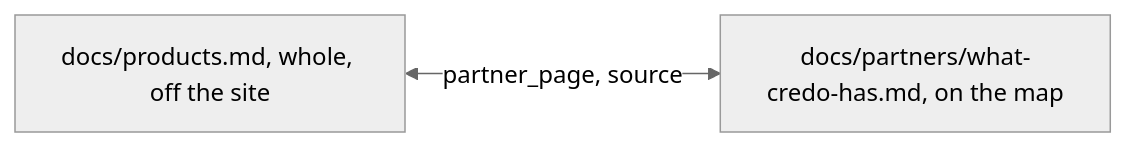
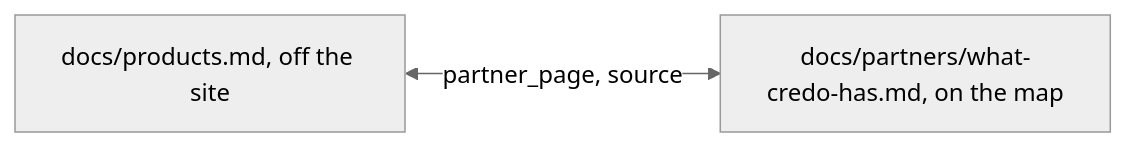
One commit to ancJ29/credo changed the diagram in docs/recaps/2026-11-20-products-partner.md. Above: the diagram before and after it, drawn with Mermaid (neutral theme). The commit also changed other lines of this file and 9 other files, not shown here.

Commit message:
fix(site): the pair check reads every doc, so a pair named from one side is refused from either; the products page's pointers, wording and item 634

````diff
--- a/docs/recaps/2026-11-20-products-partner.md
+++ b/docs/recaps/2026-11-20-products-partner.md
@@ -5,4 +5,4 @@
 ```mermaid
 flowchart LR
-  src["docs/products.md, whole, off the site"] <-- "partner_page, source" --> partner["docs/partners/what-credo-has.md, on the map"]
+  src["docs/products.md, off the site"] <-- "partner_page, source" --> partner["docs/partners/what-credo-has.md, on the map"]
 ```
````
